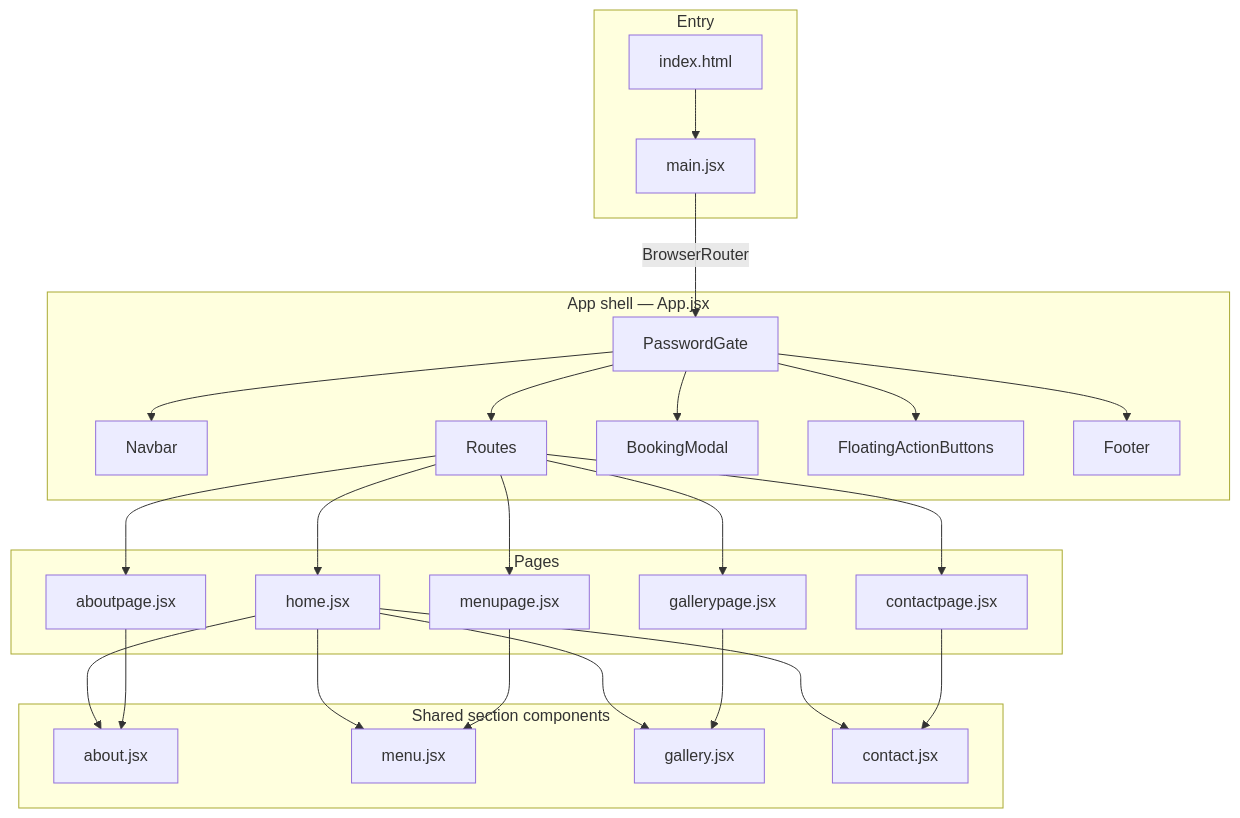
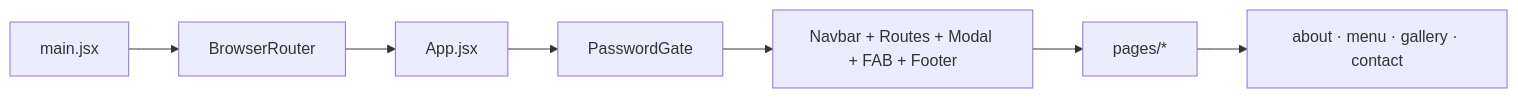
One commit to Hello-world07/project1_Aranyam changed the diagram in README.md. Above: the diagram before and after it, drawn with Mermaid. The commit also changed other lines of this file, not shown here.

````diff
--- a/README.md
+++ b/README.md
@@ -49,43 +49,9 @@
 ```mermaid
-flowchart TB
-  subgraph entry [Entry]
-    HTML[index.html]
-    MAIN[main.jsx]
-    HTML --> MAIN
-  end
-
-  subgraph shell [App shell — App.jsx]
-    GATE[PasswordGate]
-    NAV[Navbar]
-    ROUTES[Routes]
-    MODAL[BookingModal]
-    FAB[FloatingActionButtons]
-    FOOT[Footer]
-    GATE --> NAV & ROUTES & MODAL & FAB & FOOT
-  end
-
-  MAIN -->|BrowserRouter| GATE
-
-  subgraph pages [Pages]
-    HOME[home.jsx]
-    ABOUT[aboutpage.jsx]
-    MENU[menupage.jsx]
-    GALL[gallerypage.jsx]
-    CONT[contactpage.jsx]
-  end
-
-  ROUTES --> HOME & ABOUT & MENU & GALL & CONT
-
-  subgraph sections [Shared section components]
-    A[about.jsx]
-    M[menu.jsx]
-    G[gallery.jsx]
-    C[contact.jsx]
-  end
-
-  HOME --> A & M & G & C
-  ABOUT --> A
-  MENU --> M
-  GALL --> G
-  CONT --> C
+flowchart LR
+  main[main.jsx] --> router[BrowserRouter]
+  router --> app[App.jsx]
+  app --> gate[PasswordGate]
+  gate --> shell[Navbar + Routes + Modal + FAB + Footer]
+  shell --> pages[pages/*]
+  pages --> sections[about · menu · gallery · contact]
 ```
````
